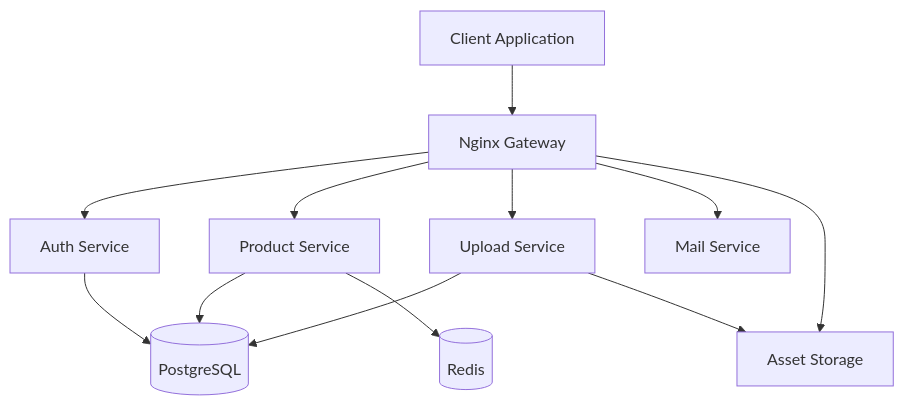
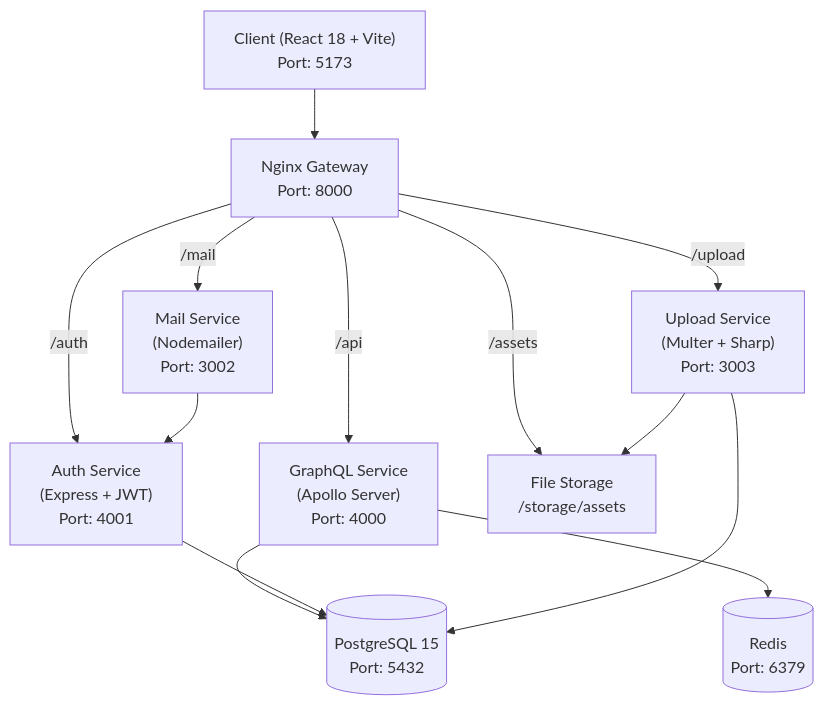
One commit to alexandreg67/pim changed the diagram in README.md. Above: the diagram before and after it, drawn with Mermaid. The commit also changed other lines of this file and 1 other file, not shown here.

````diff
--- a/README.md
+++ b/README.md
@@ -42,25 +67,26 @@
 ```mermaid
 graph TD
-    Client[Client Application]
-    Gateway[Nginx Gateway]
-    Auth[Auth Service]
-    Product[Product Service]
-    Upload[Upload Service]
-    Mail[Mail Service]
-    Storage[Asset Storage]
-    DB[(PostgreSQL)]
-    Cache[(Redis)]
+    Client["Client (React 18 + Vite)\nPort: 5173"]
+    Gateway["Nginx Gateway\nPort: 8000"]
+    GraphQL["GraphQL Service\n(Apollo Server)\nPort: 4000"]
+    Auth["Auth Service\n(Express + JWT)\nPort: 4001"]
+    Upload["Upload Service\n(Multer + Sharp)\nPort: 3003"]
+    Mail["Mail Service\n(Nodemailer)\nPort: 3002"]
+    DB[("PostgreSQL 15\nPort: 5432")]
+    Cache[("Redis\nPort: 6379")]
+    Storage["File Storage\n/storage/assets"]
 
     Client --> Gateway
-    Gateway --> Auth
-    Gateway --> Product
-    Gateway --> Upload
-    Gateway --> Mail
-    Gateway --> Storage
-    
+    Gateway -->|/api| GraphQL
+    Gateway -->|/auth| Auth
+    Gateway -->|/upload| Upload
+    Gateway -->|/mail| Mail
+    Gateway -->|/assets| Storage
+
+    GraphQL --> DB
+    GraphQL --> Cache
     Auth --> DB
-    Product --> DB
-    Product --> Cache
     Upload --> DB
     Upload --> Storage
+    Mail --> Auth
 ```
````
